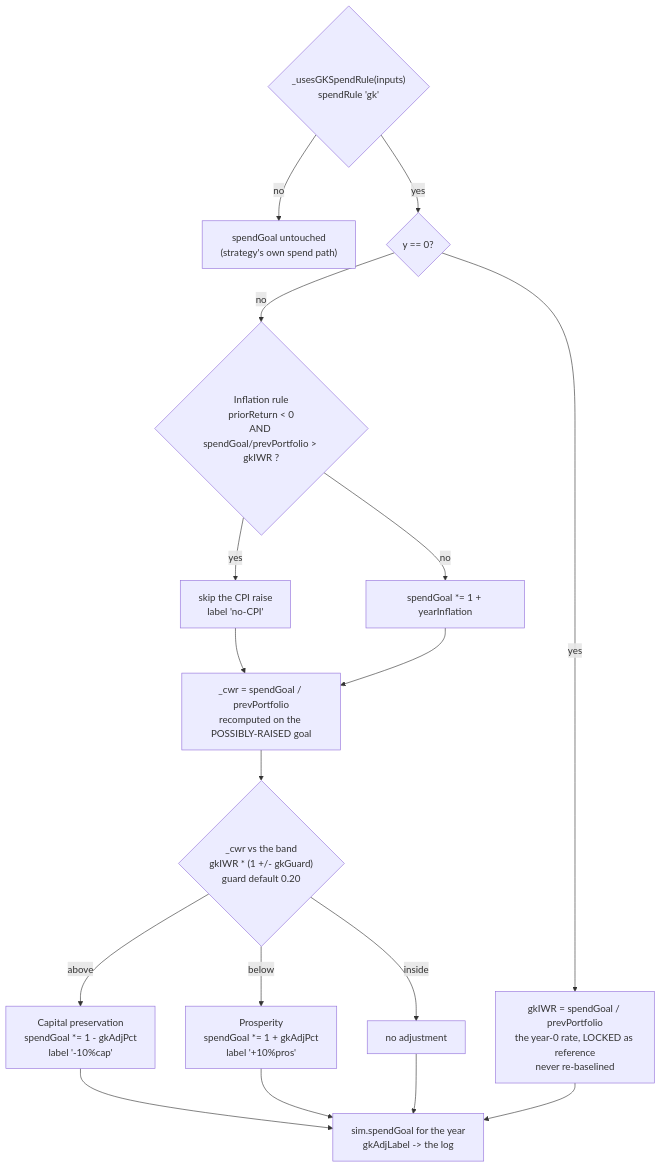
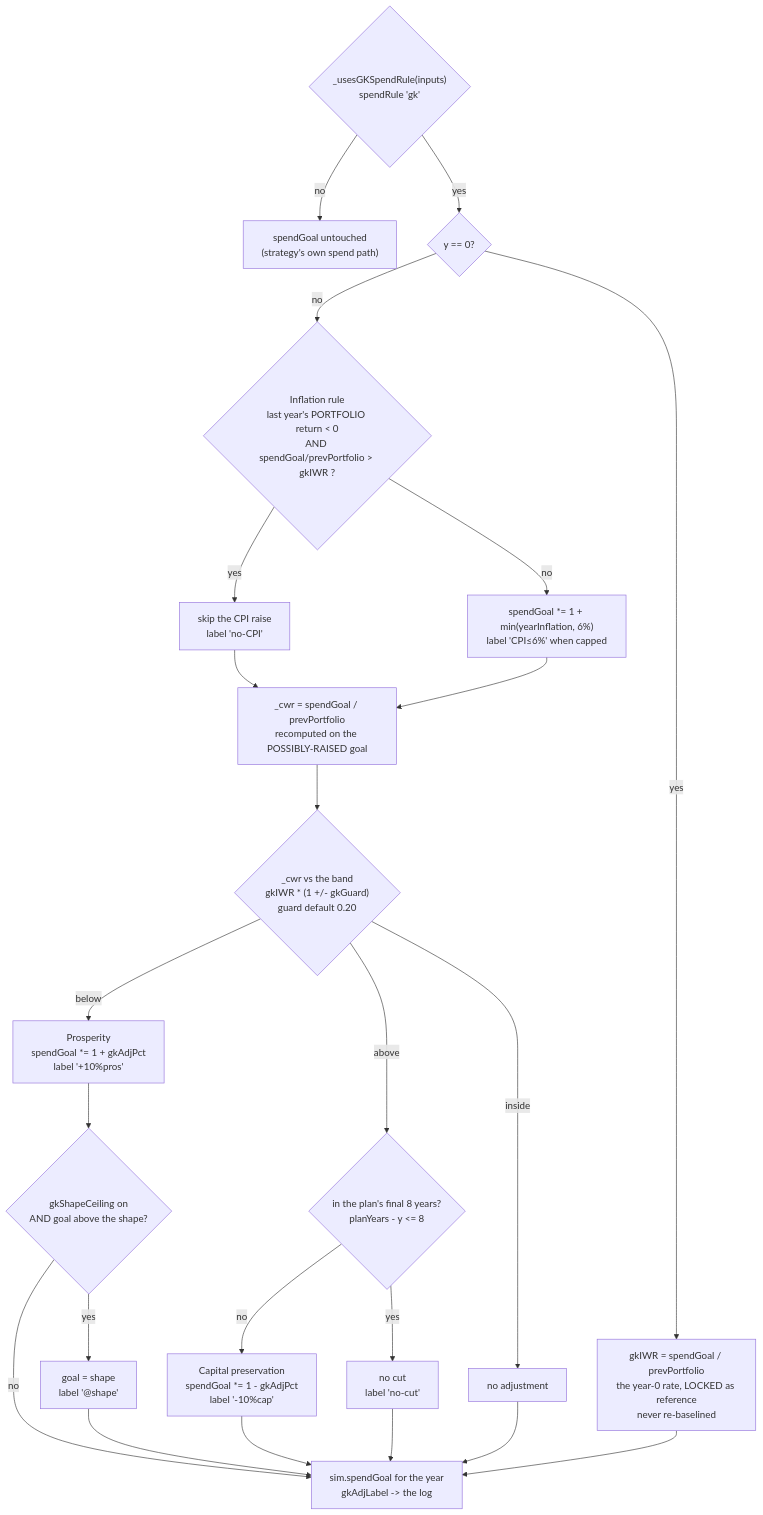
The fourth of 9 diagrams in ARCHITECTURE.md (nightskyguy/retirement_assets), drawn with Mermaid before and after one commit. The commit also changed other lines of this file and 20 other files, not shown here.

````diff
--- a/ARCHITECTURE.md
+++ b/ARCHITECTURE.md
@@ -207,20 +207,26 @@
 ```mermaid
 flowchart TD
     G{"_usesGKSpendRule(inputs)<br/>spendRule 'gk'"}
     G -->|no| SKIP["spendGoal untouched<br/>(strategy's own spend path)"]
     G -->|yes| Y0{"y == 0?"}
     Y0 -->|yes| SEED["gkIWR = spendGoal / prevPortfolio<br/>the year-0 rate, LOCKED as reference<br/>never re-baselined"]
-    Y0 -->|no| INF{"Inflation rule<br/>priorReturn &lt; 0<br/>AND spendGoal/prevPortfolio &gt; gkIWR ?"}
+    Y0 -->|no| INF{"Inflation rule<br/>last year's PORTFOLIO return &lt; 0<br/>AND spendGoal/prevPortfolio &gt; gkIWR ?"}
     INF -->|yes| NOCPI["skip the CPI raise<br/>label 'no-CPI'"]
-    INF -->|no| CPI["spendGoal *= 1 + yearInflation"]
+    INF -->|no| CPI["spendGoal *= 1 + min(yearInflation, 6%)<br/>label 'CPI≤6%' when capped"]
     NOCPI --> CWR["_cwr = spendGoal / prevPortfolio<br/>recomputed on the POSSIBLY-RAISED goal"]
     CPI --> CWR
     CWR --> BAND{"_cwr vs the band<br/>gkIWR * (1 +/- gkGuard)<br/>guard default 0.20"}
-    BAND -->|above| CAP["Capital preservation<br/>spendGoal *= 1 - gkAdjPct<br/>label '-10%cap'"]
+    BAND -->|above| LATE{"in the plan's final 8 years?<br/>planYears - y &lt;= 8"}
+    LATE -->|yes| NOCUT["no cut<br/>label 'no-cut'"]
+    LATE -->|no| CAP["Capital preservation<br/>spendGoal *= 1 - gkAdjPct<br/>label '-10%cap'"]
     BAND -->|below| PROS["Prosperity<br/>spendGoal *= 1 + gkAdjPct<br/>label '+10%pros'"]
     BAND -->|inside| HOLD["no adjustment"]
+    PROS --> CEIL{"gkShapeCeiling on<br/>AND goal above the shape?"}
+    CEIL -->|yes| CLAMP["goal = shape<br/>label '@shape'"]
+    CEIL -->|no| OUT
+    CLAMP --> OUT
     CAP --> OUT["sim.spendGoal for the year<br/>gkAdjLabel -> the log"]
-    PROS --> OUT
+    NOCUT --> OUT
     HOLD --> OUT
     SEED --> OUT
 ```
````
